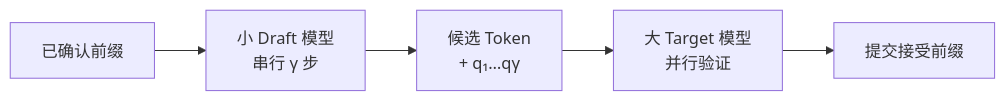
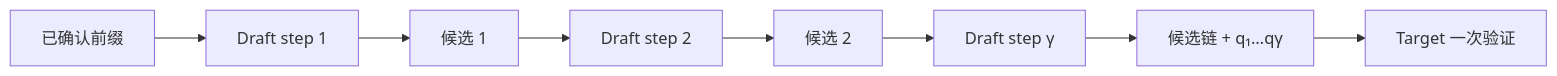
The diagram in docs/guides/模块四-推理优化/第5章-Speculative-Decoding/5.2-Draft模型与N-gram.md (caomaolufei/AIInfraGuide), drawn with Mermaid before and after one commit. The commit also changed other lines of this file and 53 other files, not shown here.

````diff
--- a/docs/guides/模块四-推理优化/第5章-Speculative-Decoding/5.2-Draft模型与N-gram.md
+++ b/docs/guides/模块四-推理优化/第5章-Speculative-Decoding/5.2-Draft模型与N-gram.md
@@ -42,7 +88,10 @@
 ```mermaid
 flowchart LR
-    P["已确认前缀"] --> D["小 Draft 模型<br/>串行 γ 步"]
-    D --> C["候选 Token<br/>+ q₁…qγ"]
-    C --> T["大 Target 模型<br/>并行验证"]
-    T --> O["提交接受前缀"]
+    P["已确认前缀"] --> D1["Draft step 1"]
+    D1 --> X1["候选 1"]
+    X1 --> D2["Draft step 2"]
+    D2 --> X2["候选 2"]
+    X2 --> D3["Draft step γ"]
+    D3 --> C["候选链 + q₁…qγ"]
+    C --> V["Target 一次验证"]
 ```
````
